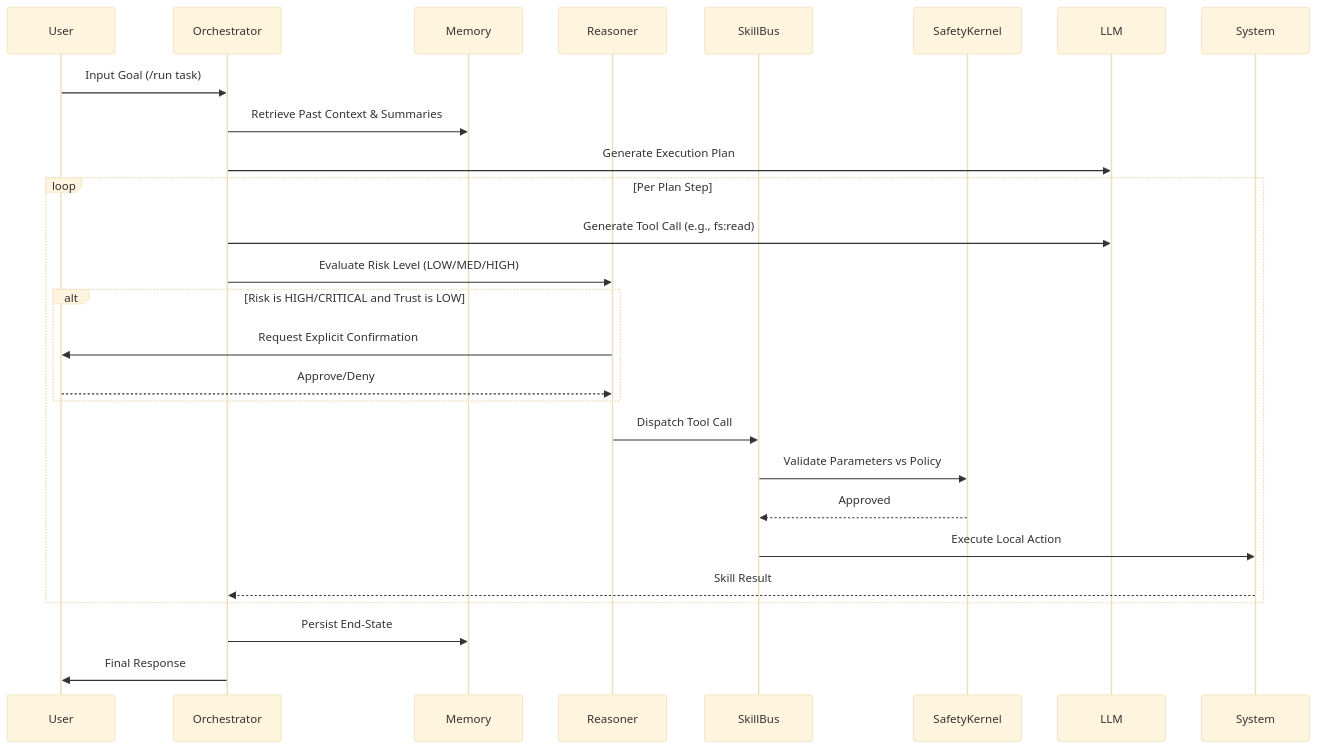
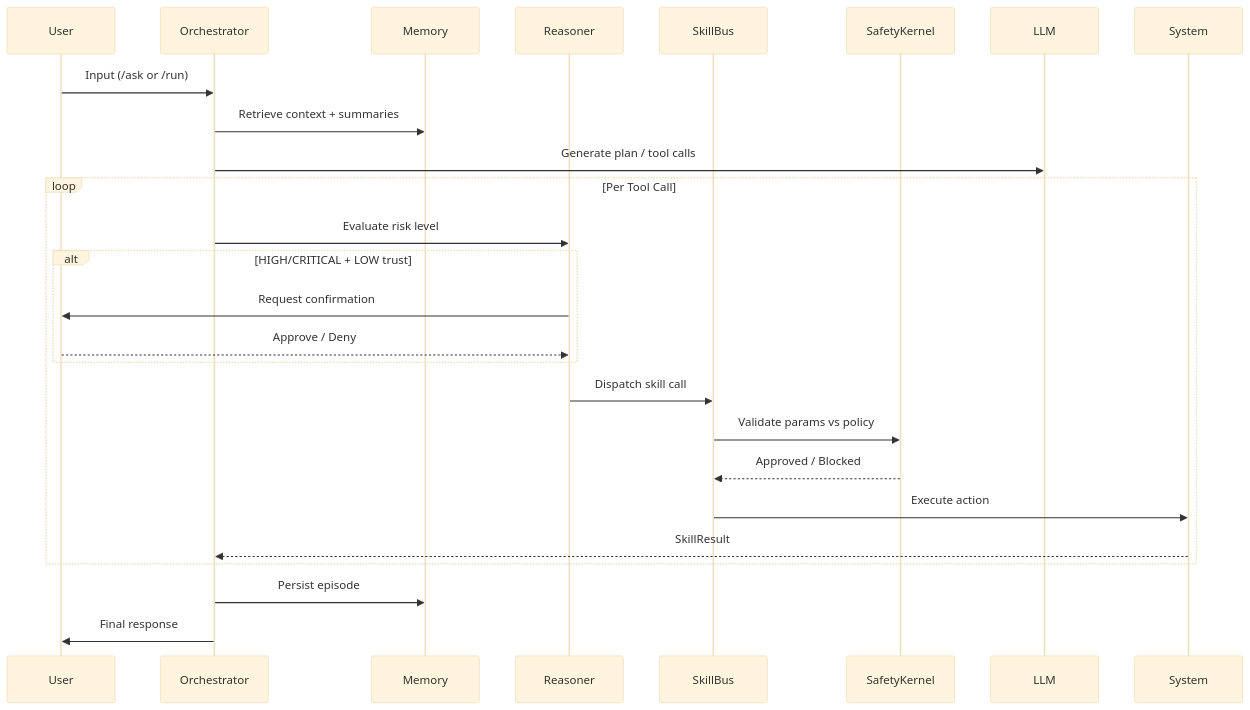
One commit to prithvi-01x/NeuralClaw changed the second of 2 diagrams in README.md. Above: the diagram before and after it, drawn with Mermaid (base theme). The commit also changed other lines of this file and 67 other files, not shown here.

````diff
--- a/README.md
+++ b/README.md
@@ -22,33 +148,30 @@
 ```mermaid
 sequenceDiagram
     participant User
     participant Orchestrator
     participant Memory
     participant Reasoner
     participant SkillBus
     participant SafetyKernel
     participant LLM
 
-    User->>Orchestrator: Input Goal (/run task)
-    Orchestrator->>Memory: Retrieve Past Context & Summaries
-    Orchestrator->>LLM: Generate Execution Plan
-    
-    loop Per Plan Step
-        Orchestrator->>LLM: Generate Tool Call (e.g., fs:read)
-        Orchestrator->>Reasoner: Evaluate Risk Level (LOW/MED/HIGH)
-        
-        alt Risk is HIGH/CRITICAL and Trust is LOW
-            Reasoner->>User: Request Explicit Confirmation
-            User-->>Reasoner: Approve/Deny
+    User->>Orchestrator: Input (/ask or /run)
+    Orchestrator->>Memory: Retrieve context + summaries
+    Orchestrator->>LLM: Generate plan / tool calls
+
+    loop Per Tool Call
+        Orchestrator->>Reasoner: Evaluate risk level
+        alt HIGH/CRITICAL + LOW trust
+            Reasoner->>User: Request confirmation
+            User-->>Reasoner: Approve / Deny
         end
-        
-        Reasoner->>SkillBus: Dispatch Tool Call
-        SkillBus->>SafetyKernel: Validate Parameters vs Policy
-        SafetyKernel-->>SkillBus: Approved
-        SkillBus->>System: Execute Local Action
-        System-->>Orchestrator: Skill Result
+        Reasoner->>SkillBus: Dispatch skill call
+        SkillBus->>SafetyKernel: Validate params vs policy
+        SafetyKernel-->>SkillBus: Approved / Blocked
+        SkillBus->>System: Execute action
+        System-->>Orchestrator: SkillResult
     end
-    
-    Orchestrator->>Memory: Persist End-State
-    Orchestrator->>User: Final Response
+
+    Orchestrator->>Memory: Persist episode
+    Orchestrator->>User: Final response
 ```
````
